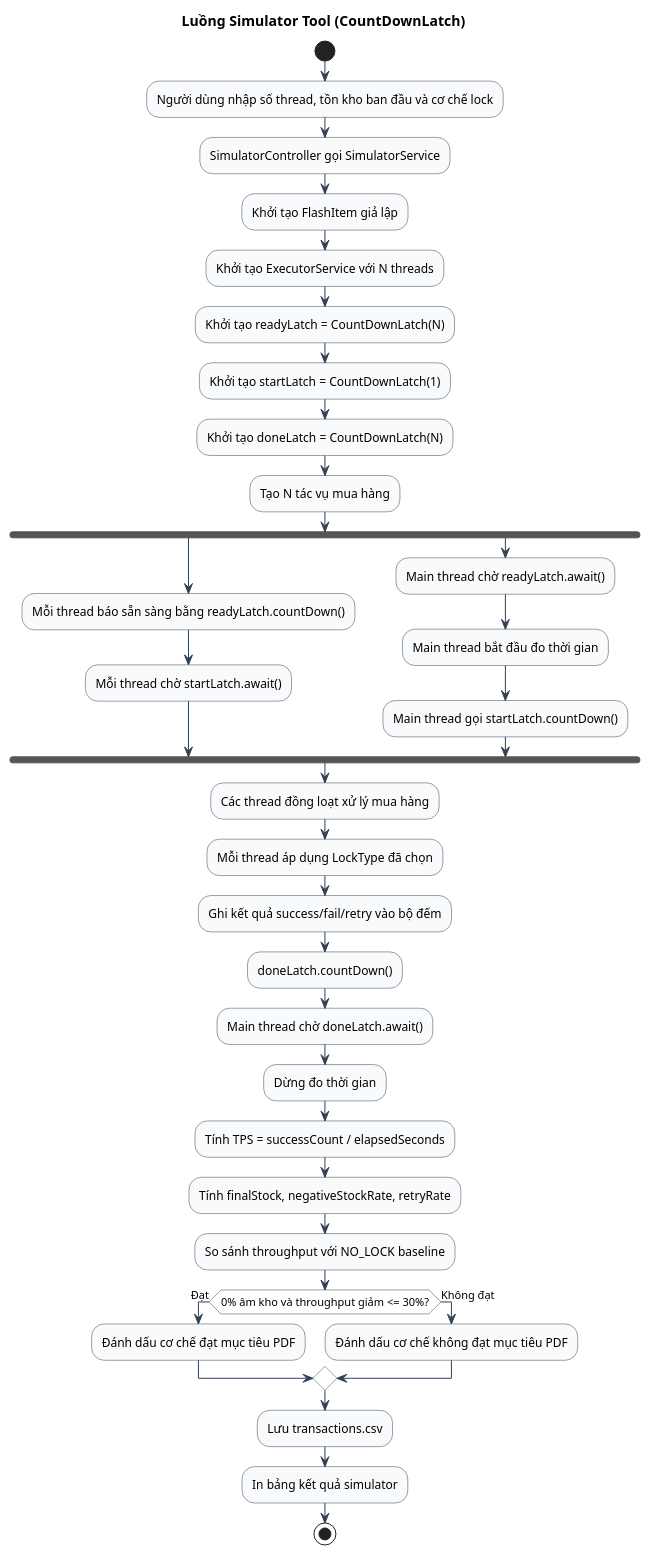
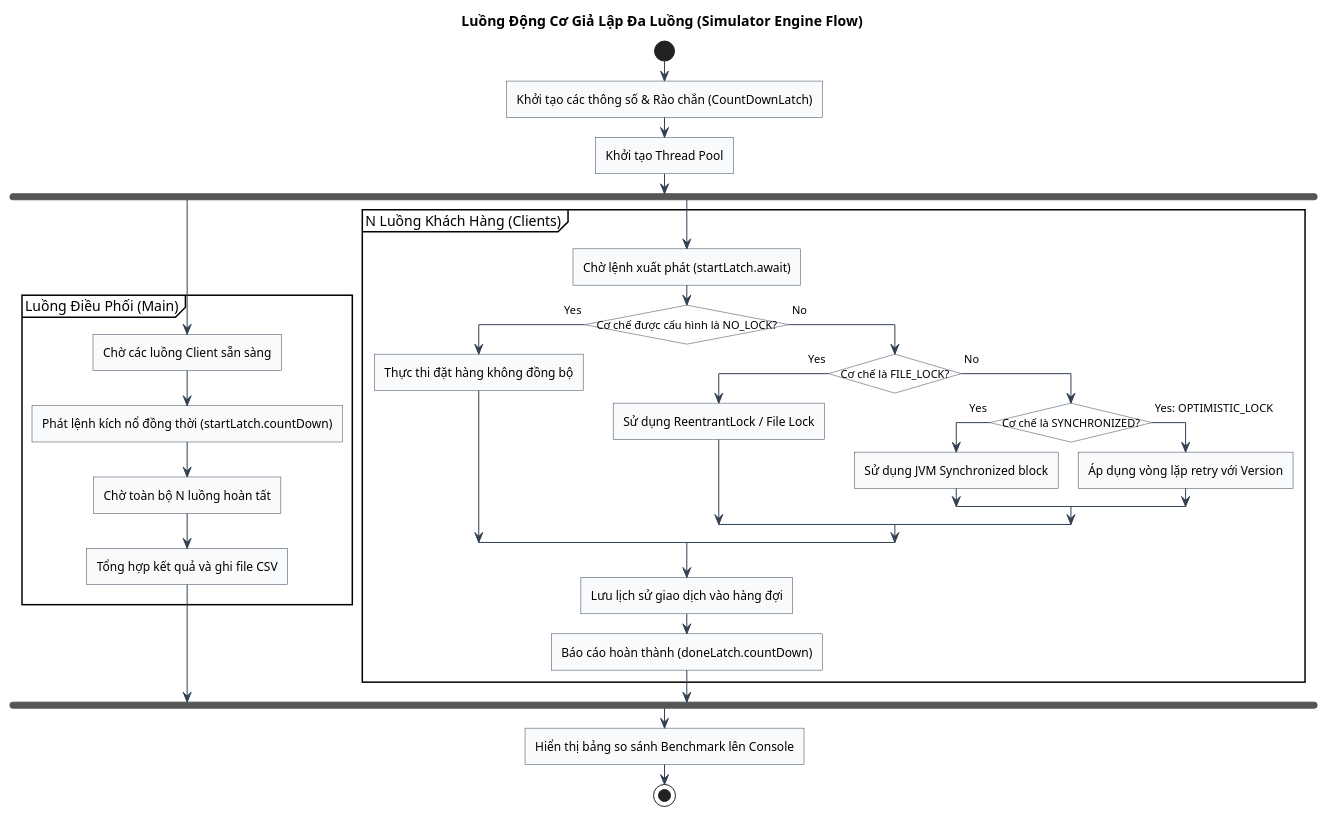
One commit to nguyendinhtien824-super/Group-2 changed the diagram in docs/flowcharts/simulator_flow.puml. Above: the diagram before and after it, drawn with PlantUML. The commit also changed 7 other files, not shown here.

Commit message:
fixing flowcharts

```diff
--- a/docs/flowcharts/simulator_flow.puml
+++ b/docs/flowcharts/simulator_flow.puml
@@ -1,53 +1,51 @@
 @startuml
-' Render PNG bằng: java -jar plantuml.jar -charset UTF-8 -tpng simulator_flow.puml
+skinparam roundcorner 0
 skinparam defaultFontName "Arial"
-skinparam titleFontName "Arial"
 skinparam shadowing false
+skinparam ActivityShape rectangle
 skinparam ArrowColor #334155
 skinparam ActivityBackgroundColor #F8FAFC
 skinparam ActivityBorderColor #334155
 skinparam ActivityDiamondBackgroundColor #FFFFFF
-skinparam ActivityDiamondBorderColor #334155
-skinparam NoteBackgroundColor #FFF7ED
-skinparam NoteBorderColor #F97316
+skinparam conditionStyle InsideDiamond
+skinparam ConditionEndStyle hline
 
-title Luồng Simulator Tool (CountDownLatch)
+title Luồng Động Cơ Giả Lập Đa Luồng (Simulator Engine Flow)
 
 start
-:Người dùng nhập số thread, tồn kho ban đầu và cơ chế lock;
-:SimulatorController gọi SimulatorService;
-:Khởi tạo FlashItem giả lập;
-:Khởi tạo ExecutorService với N threads;
-:Khởi tạo readyLatch = CountDownLatch(N);
-:Khởi tạo startLatch = CountDownLatch(1);
-:Khởi tạo doneLatch = CountDownLatch(N);
+:Khởi tạo các thông số & Rào chắn (CountDownLatch);
+:Khởi tạo Thread Pool;
 
-:Tạo N tác vụ mua hàng;
 fork
-  :Mỗi thread báo sẵn sàng bằng readyLatch.countDown();
-  :Mỗi thread chờ startLatch.await();
+  partition "Luồng Điều Phối (Main)" {
+    :Chờ các luồng Client sẵn sàng;
+    :Phát lệnh kích nổ đồng thời (startLatch.countDown);
+    :Chờ toàn bộ N luồng hoàn tất;
+    :Tổng hợp kết quả và ghi file CSV;
+  }
 fork again
-  :Main thread chờ readyLatch.await();
-  :Main thread bắt đầu đo thời gian;
-  :Main thread gọi startLatch.countDown();
+  partition "N Luồng Khách Hàng (Clients)" {
+    :Chờ lệnh xuất phát (startLatch.await);
+    
+    if (Cơ chế được cấu hình là NO_LOCK?) then ( Yes )
+      :Thực thi đặt hàng không đồng bộ;
+    else ( No )
+      if (Cơ chế là FILE_LOCK?) then ( Yes )
+        :Sử dụng ReentrantLock / File Lock;
+      else ( No )
+        if (Cơ chế là SYNCHRONIZED?) then ( Yes )
+          :Sử dụng JVM Synchronized block;
+        else ( Yes: OPTIMISTIC_LOCK )
+          :Áp dụng vòng lặp retry với Version;
+        endif
+      endif
+    endif
+    
+    :Lưu lịch sử giao dịch vào hàng đợi;
+    :Báo cáo hoàn thành (doneLatch.countDown);
+  }
 end fork
 
-:Các thread đồng loạt xử lý mua hàng;
-:Mỗi thread áp dụng LockType đã chọn;
-:Ghi kết quả success/fail/retry vào bộ đếm;
-:doneLatch.countDown();
-
-:Main thread chờ doneLatch.await();
-:Dừng đo thời gian;
-:Tính TPS = successCount / elapsedSeconds;
-:Tính finalStock, negativeStockRate, retryRate;
-:So sánh throughput với NO_LOCK baseline;
-if (0% âm kho và throughput giảm <= 30%?) then (Đạt)
-  :Đánh dấu cơ chế đạt mục tiêu PDF;
-else (Không đạt)
-  :Đánh dấu cơ chế không đạt mục tiêu PDF;
-endif
-:Lưu transactions.csv;
-:In bảng kết quả simulator;
+:Hiển thị bảng so sánh Benchmark lên Console;
 stop
 @enduml
```
